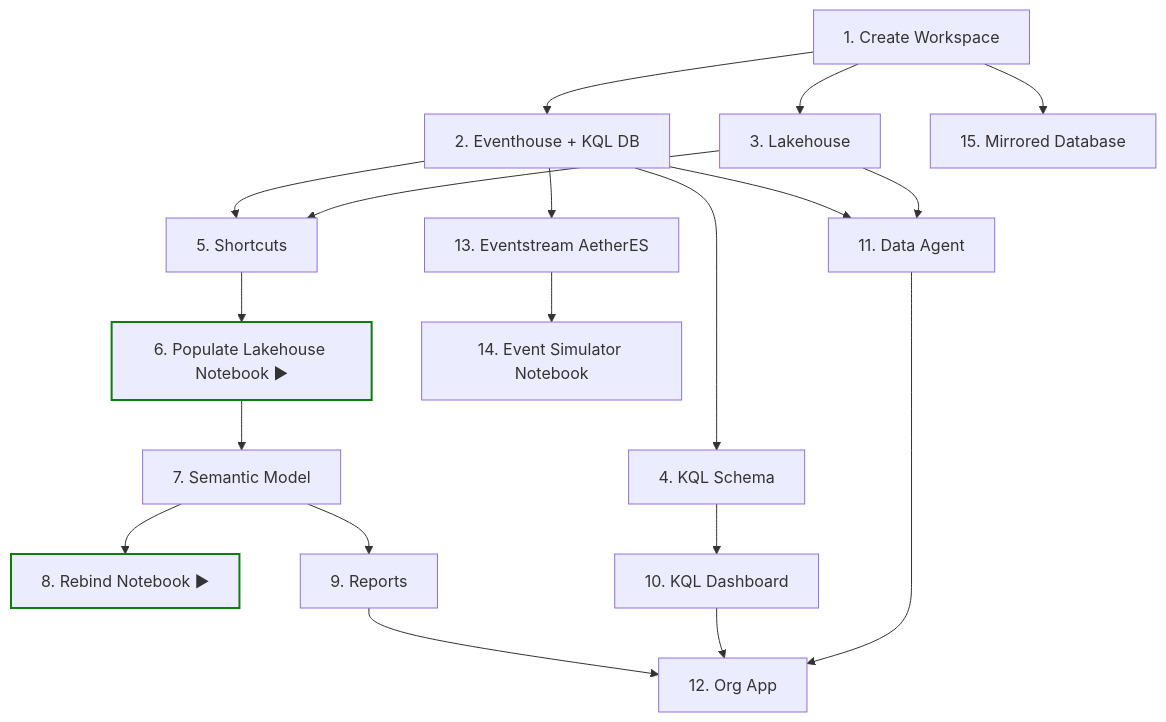
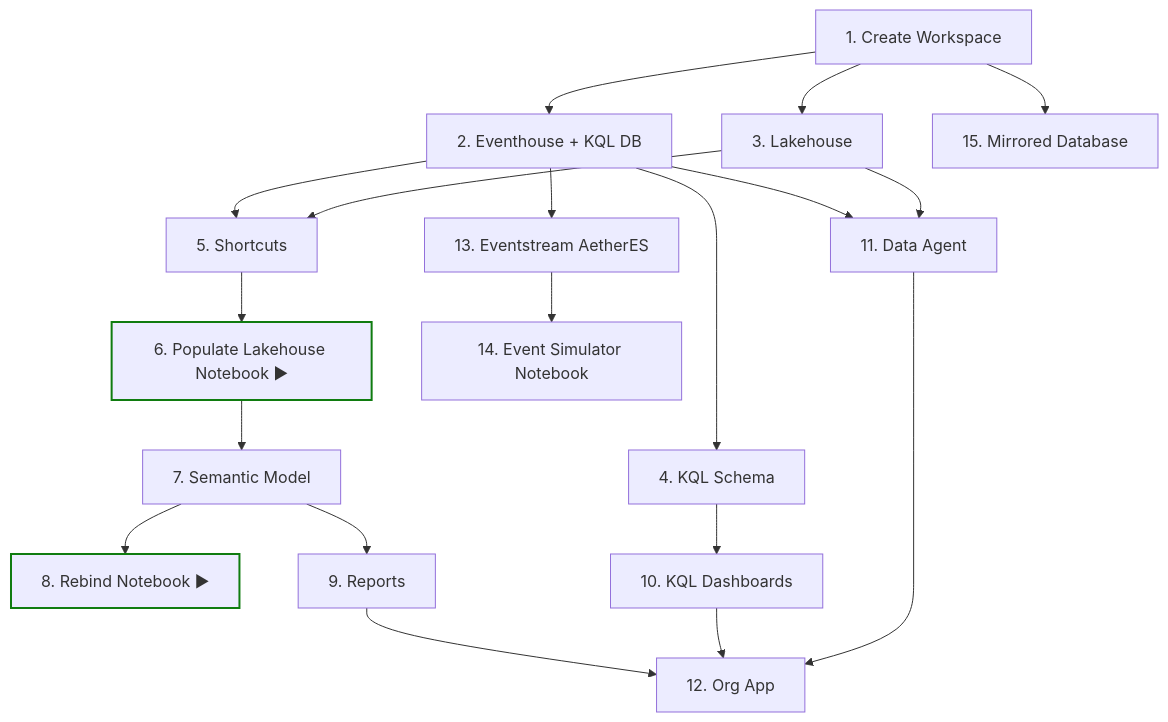
One commit to MitchSS/FabricMystery changed the second of 2 diagrams in README.md. Above: the diagram before and after it, drawn with Mermaid. The commit also changed other lines of this file, not shown here.

Commit message:
Update README for 15 deploy steps and split Audience Votes dashboard

````diff
--- a/README.md
+++ b/README.md
@@ -169,24 +172,24 @@
 ```mermaid
 flowchart TD
     A[1. Create Workspace] --> B[2. Eventhouse + KQL DB]
     A --> C[3. Lakehouse]
     B --> D[4. KQL Schema]
     B --> E[5. Shortcuts]
     C --> E
     E --> F[6. Populate Lakehouse Notebook ▶]
     F --> G[7. Semantic Model]
     G --> H[8. Rebind Notebook ▶]
     G --> I[9. Reports]
-    D --> J[10. KQL Dashboard]
+    D --> J[10. KQL Dashboards]
     B --> K[11. Data Agent]
     C --> K
     I --> L[12. Org App]
     J --> L
     K --> L
     B --> ES2[13. Eventstream AetherES]
     ES2 --> M[14. Event Simulator Notebook]
     A --> N[15. Mirrored Database]
 
     style F stroke:#107C10,stroke-width:2px
     style H stroke:#107C10,stroke-width:2px
 ```
````
